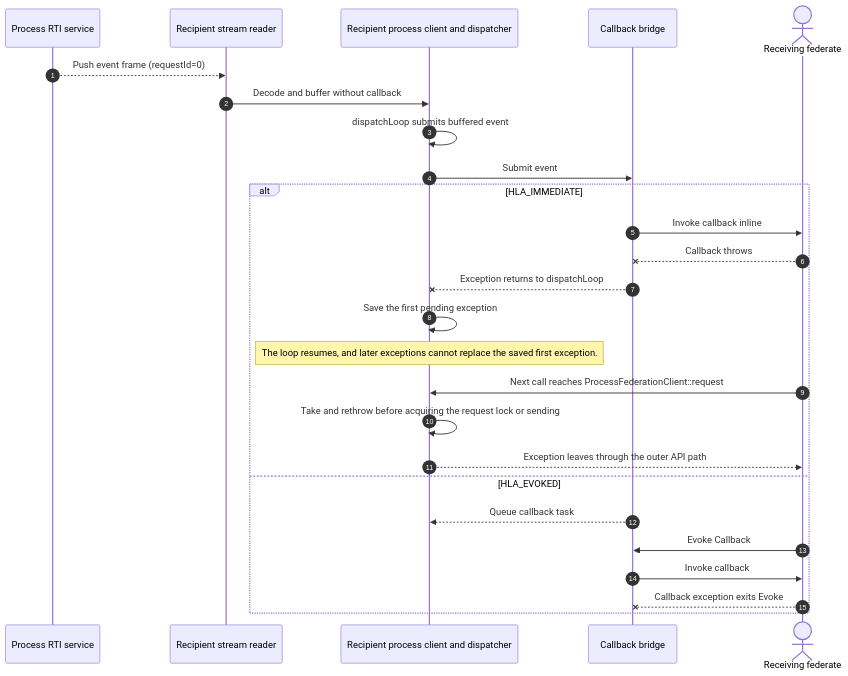
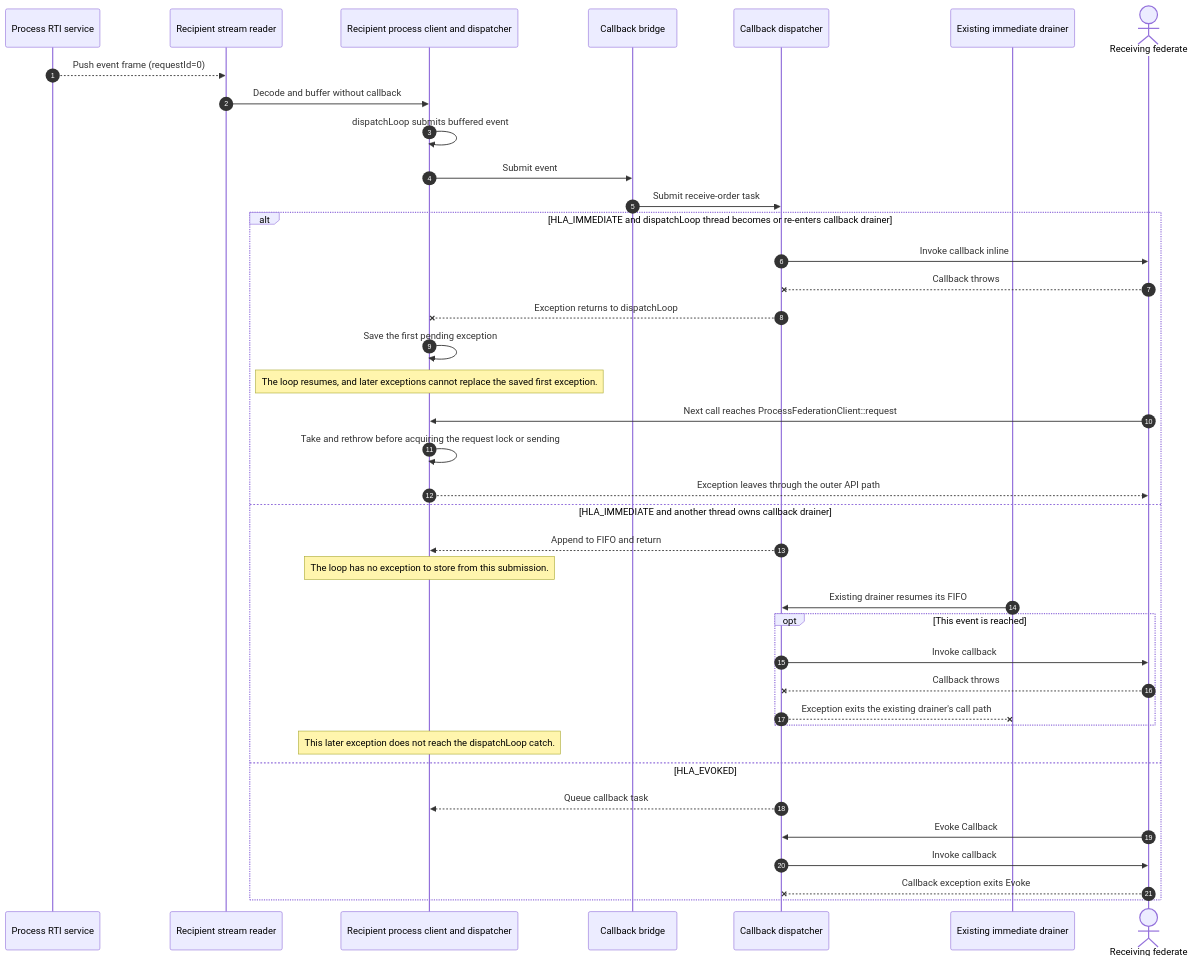
Before and after one commit to sheepfling/umbra: diagram 16 of 26 in docs/design/HLA-2025-CALLBACK-AND-SERVICE-ORDERING-FLOW-GUIDE.md, drawn with Mermaid. The commit also changed other lines of this file and 36 other files, not shown here.

````diff
--- a/docs/design/HLA-2025-CALLBACK-AND-SERVICE-ORDERING-FLOW-GUIDE.md
+++ b/docs/design/HLA-2025-CALLBACK-AND-SERVICE-ORDERING-FLOW-GUIDE.md
@@ -961,29 +1125,42 @@
 ```mermaid
 sequenceDiagram
   autonumber
   participant S as Process RTI service
   participant R as Recipient stream reader
   participant C as Recipient process client and dispatcher
   participant B as Callback bridge
+  participant D as Callback dispatcher
+  participant O as Existing immediate drainer
   actor F as Receiving federate
 
   S-->>R: Push event frame (requestId=0)
   R->>C: Decode and buffer without callback
   C->>C: dispatchLoop submits buffered event
   C->>B: Submit event
-  alt HLA_IMMEDIATE
-    B->>F: Invoke callback inline
-    F--xB: Callback throws
-    B--xC: Exception returns to dispatchLoop
+  B->>D: Submit receive-order task
+  alt HLA_IMMEDIATE and dispatchLoop thread becomes or re-enters callback drainer
+    D->>F: Invoke callback inline
+    F--xD: Callback throws
+    D--xC: Exception returns to dispatchLoop
     C->>C: Save the first pending exception
     Note over C: The loop resumes, and later exceptions cannot replace the saved first exception.
     F->>C: Next call reaches ProcessFederationClient::request
     C->>C: Take and rethrow before acquiring the request lock or sending
     C-->>F: Exception leaves through the outer API path
+  else HLA_IMMEDIATE and another thread owns callback drainer
+    D-->>C: Append to FIFO and return
+    Note over C: The loop has no exception to store from this submission.
+    O->>D: Existing drainer resumes its FIFO
+    opt This event is reached
+      D->>F: Invoke callback
+      F--xD: Callback throws
+      D--xO: Exception exits the existing drainer's call path
+    end
+    Note over C: This later exception does not reach the dispatchLoop catch.
   else HLA_EVOKED
-    B-->>C: Queue callback task
-    F->>B: Evoke Callback
-    B->>F: Invoke callback
-    F--xB: Callback exception exits Evoke
+    D-->>C: Queue callback task
+    F->>D: Evoke Callback
+    D->>F: Invoke callback
+    F--xD: Callback exception exits Evoke
   end
 ```
````
